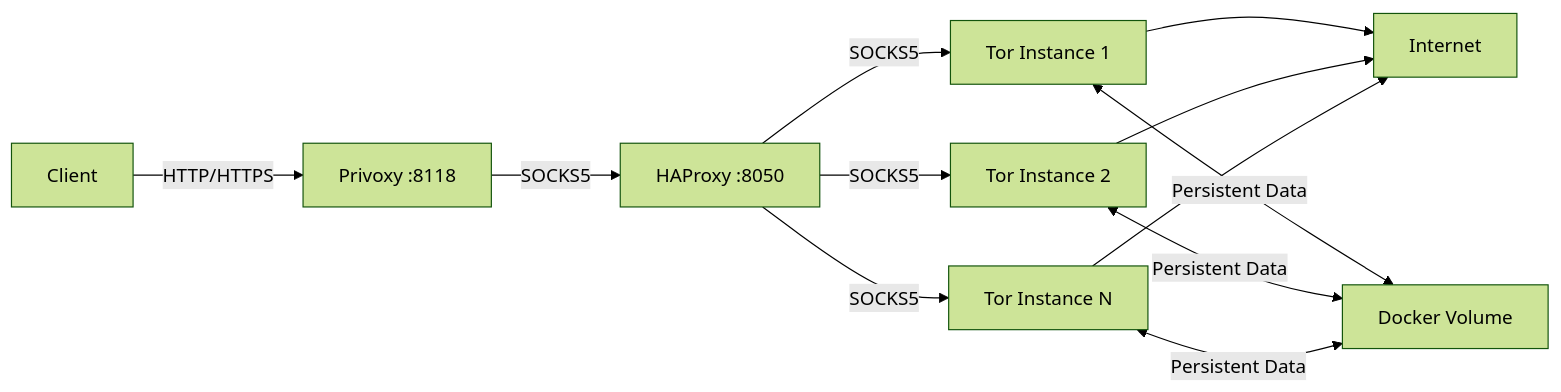
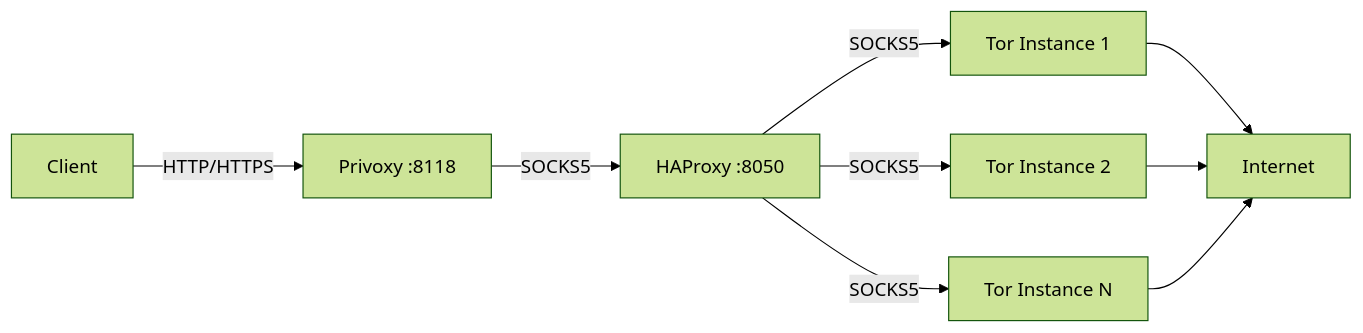
Before and after one commit to perennialtech/docker-tor-privoxy-alpine: the diagram in README.md, drawn with Mermaid (forest theme). The commit also changed other lines of this file, not shown here.

````diff
--- a/README.md
+++ b/README.md
@@ -13,14 +13,11 @@
 ```mermaid
 graph LR
     Client[Client] -->|HTTP/HTTPS| Privoxy[Privoxy :8118]
     Privoxy -->|SOCKS5| HAProxy[HAProxy :8050]
     HAProxy -->|SOCKS5| Tor1[Tor Instance 1]
     HAProxy -->|SOCKS5| Tor2[Tor Instance 2]
     HAProxy -->|SOCKS5| TorN[Tor Instance N]
     Tor1 --> Internet[Internet]
     Tor2 --> Internet
     TorN --> Internet
-    Tor1 <-->|Persistent Data| Volume[Docker Volume]
-    Tor2 <-->|Persistent Data| Volume
-    TorN <-->|Persistent Data| Volume
 ```
````
